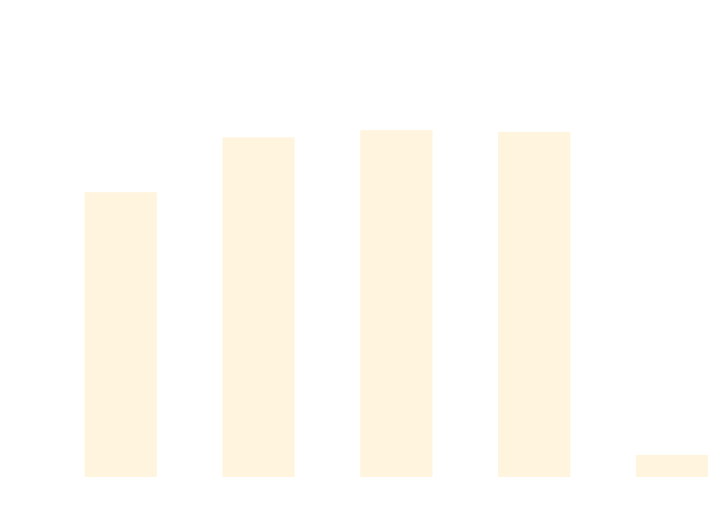
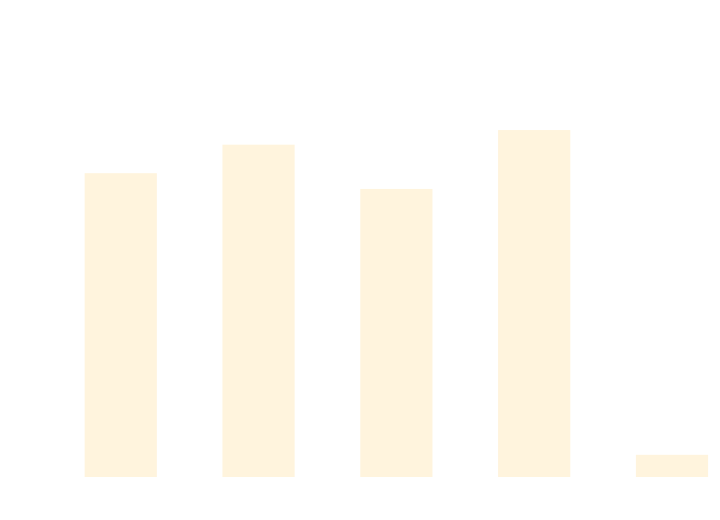
One commit to thomhurst/TUnit changed the diagram in docs/docs/benchmarks/DataDrivenTests.md. Above: the diagram before and after it, drawn with Mermaid. The commit also changed other lines of this file and 17 other files, not shown here.

````diff
--- a/docs/docs/benchmarks/DataDrivenTests.md
+++ b/docs/docs/benchmarks/DataDrivenTests.md
@@ -27,37 +27,37 @@
 ```mermaid
 %%{init: {
   'theme':'base',
   'themeVariables': {
     'primaryColor': '#2563eb',
     'primaryTextColor': '#ffffff',
     'primaryBorderColor': '#1e40af',
     'lineColor': '#6b7280',
     'secondaryColor': '#7c3aed',
     'tertiaryColor': '#dc2626',
     'background': '#ffffff',
     'mainBkg': '#2563eb',
     'secondBkg': '#7c3aed',
     'tertiaryBkg': '#dc2626',
     'clusterBkg': '#f3f4f6',
     'edgeLabelBackground': '#ffffff',
     'tertiaryTextColor': '#1f2937',
     'pie1': '#2563eb',
     'pie2': '#7c3aed',
     'pie3': '#dc2626',
     'pie4': '#f59e0b',
     'pie5': '#10b981',
     'pie6': '#06b6d4',
     'pie7': '#ec4899',
     'pie8': '#6366f1',
     'pie9': '#84cc16',
     'pie10': '#f97316',
     'pie11': '#14b8a6',
     'pie12': '#a855f7'
   }
 }}%%
 xychart-beta
   title "DataDrivenTests Performance Comparison"
   x-axis ["TUnit", "NUnit", "MSTest", "xUnit3", "TUnit_AOT"]
-  y-axis "Time (ms)" 0 --> 716
-  bar [486.98, 583.42, 596.16, 593.19, 24.79]
+  y-axis "Time (ms)" 0 --> 694
+  bar [504.38, 553.02, 477.55, 577.97, 24.16]
 ```
````
